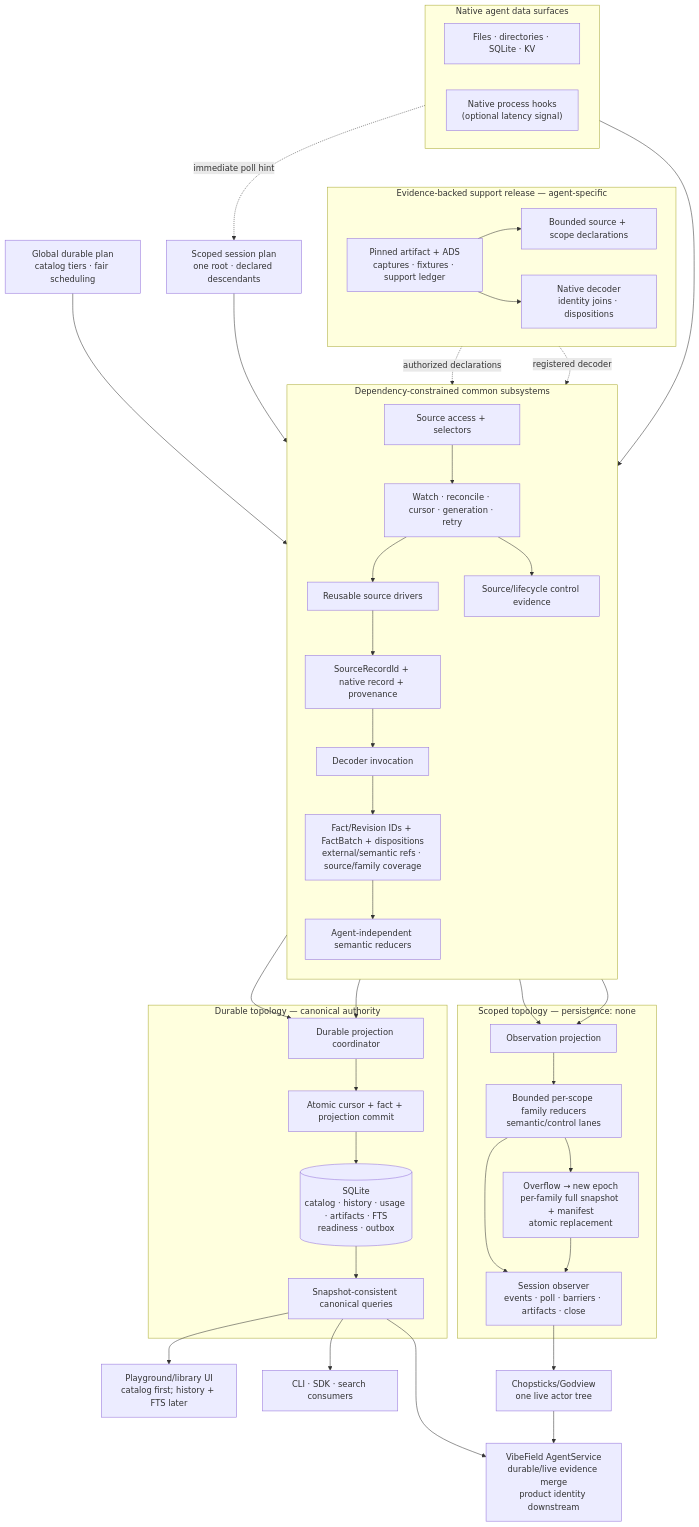
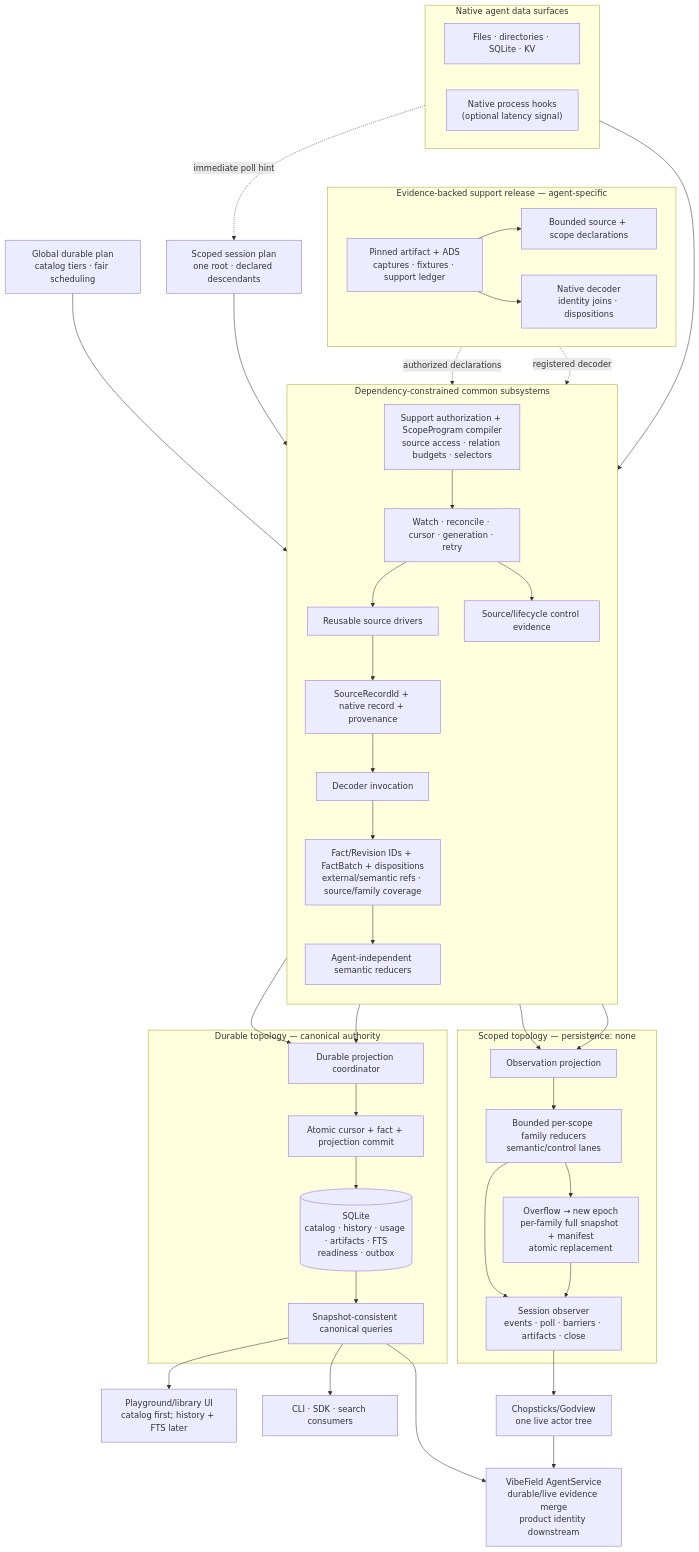
Before and after one commit to vibecook-dev/spaghetti: the diagram in docs/rfcs/012-evidence-backed-adapters-and-progressive-readiness.md, drawn with Mermaid. The commit also changed 16 other files, not shown here.

Commit message:
feat: compile RFC 012 scope access plans

````diff
--- a/docs/rfcs/012-evidence-backed-adapters-and-progressive-readiness.md
+++ b/docs/rfcs/012-evidence-backed-adapters-and-progressive-readiness.md
@@ -290,70 +290,70 @@
 ```mermaid
 flowchart TB
     subgraph native["Native agent data surfaces"]
         direction LR
         objects["Files · directories · SQLite · KV"]
         hooks["Native process hooks<br/>(optional latency signal)"]
     end
 
     subgraph adapter["Evidence-backed support release — agent-specific"]
         direction LR
         evidence["Pinned artifact + ADS<br/>captures · fixtures · support ledger"]
         declarations["Bounded source + scope declarations"]
         decoder_impl["Native decoder<br/>identity joins · dispositions"]
         evidence --> declarations
         evidence --> decoder_impl
     end
 
     global_plan["Global durable plan<br/>catalog tiers · fair scheduling"]
     scoped_plan["Scoped session plan<br/>one root · declared descendants"]
 
     subgraph common["Dependency-constrained common subsystems"]
         direction TB
-        access["Source access + selectors"]
+        access["Support authorization + ScopeProgram compiler<br/>source access · relation budgets · selectors"]
         lifecycle["Watch · reconcile · cursor · generation · retry"]
         drivers["Reusable source drivers"]
         record["SourceRecordId + native record + provenance"]
         decode["Decoder invocation"]
         facts["Fact/Revision IDs + FactBatch + dispositions<br/>external/semantic refs · source/family coverage"]
         reducers["Agent-independent semantic reducers"]
         controls["Source/lifecycle control evidence"]
 
         access --> lifecycle --> drivers --> record --> decode --> facts --> reducers
         lifecycle --> controls
     end
 
     declarations -.->|authorized declarations| access
     decoder_impl -.->|registered decoder| decode
     objects --> drivers
     global_plan --> access
     scoped_plan --> access
 
     subgraph durable["Durable topology — canonical authority"]
         durable_sink["Durable projection coordinator"]
         transaction["Atomic cursor + fact + projection commit"]
         database[("SQLite<br/>catalog · history · usage · artifacts · FTS<br/>readiness · outbox")]
         queries["Snapshot-consistent canonical queries"]
         durable_sink --> transaction --> database --> queries
     end
 
     subgraph scoped["Scoped topology — persistence: none"]
         observer_sink["Observation projection"]
         memory["Bounded per-scope family reducers<br/>semantic/control lanes"]
         recovery["Overflow → new epoch<br/>per-family full snapshot + manifest<br/>atomic replacement"]
         observer_api["Session observer<br/>events · poll · barriers · artifacts · close"]
         observer_sink --> memory --> observer_api
         memory --> recovery --> observer_api
     end
 
     reducers --> durable_sink
     controls --> durable_sink
     reducers --> observer_sink
     controls --> observer_sink
 
     queries --> ui["Playground/library UI<br/>catalog first; history + FTS later"]
     queries --> headless["CLI · SDK · search consumers"]
     observer_api --> godview["Chopsticks/Godview<br/>one live actor tree"]
     queries --> vibefield["VibeField AgentService<br/>durable/live evidence merge<br/>product identity downstream"]
     godview --> vibefield
     hooks -.->|immediate poll hint| scoped_plan
 ```
````
